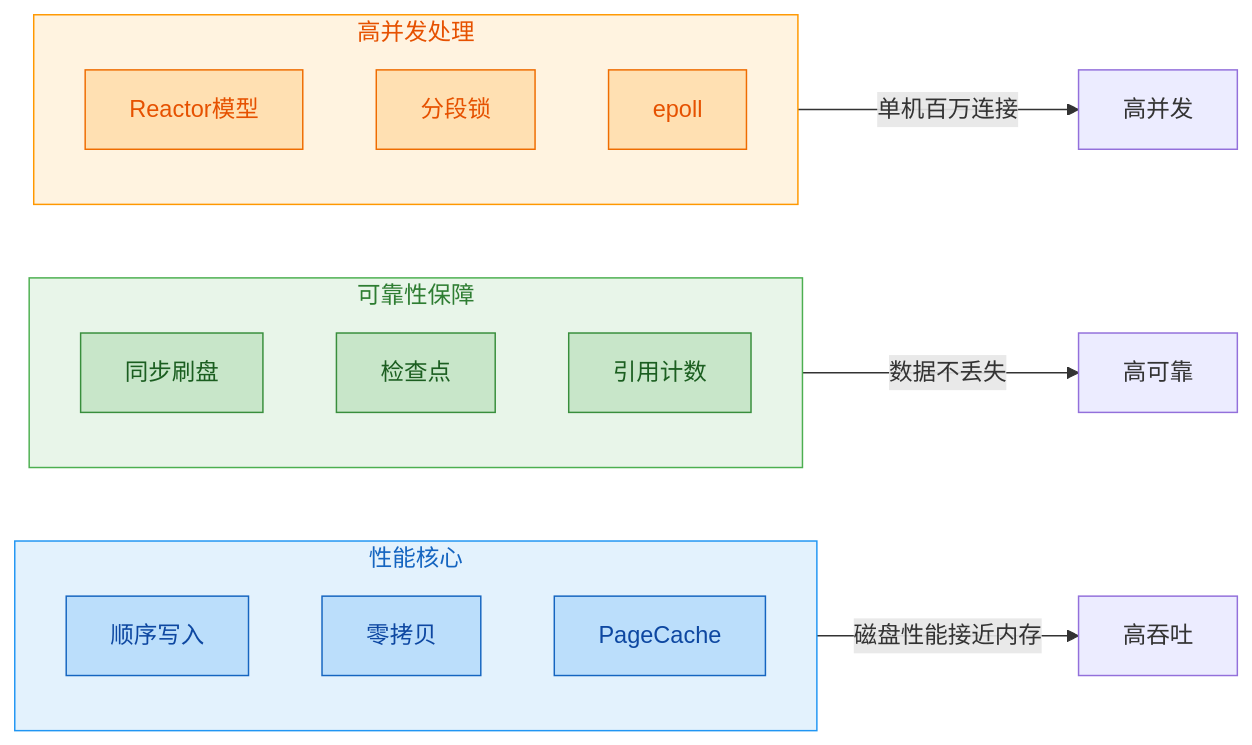
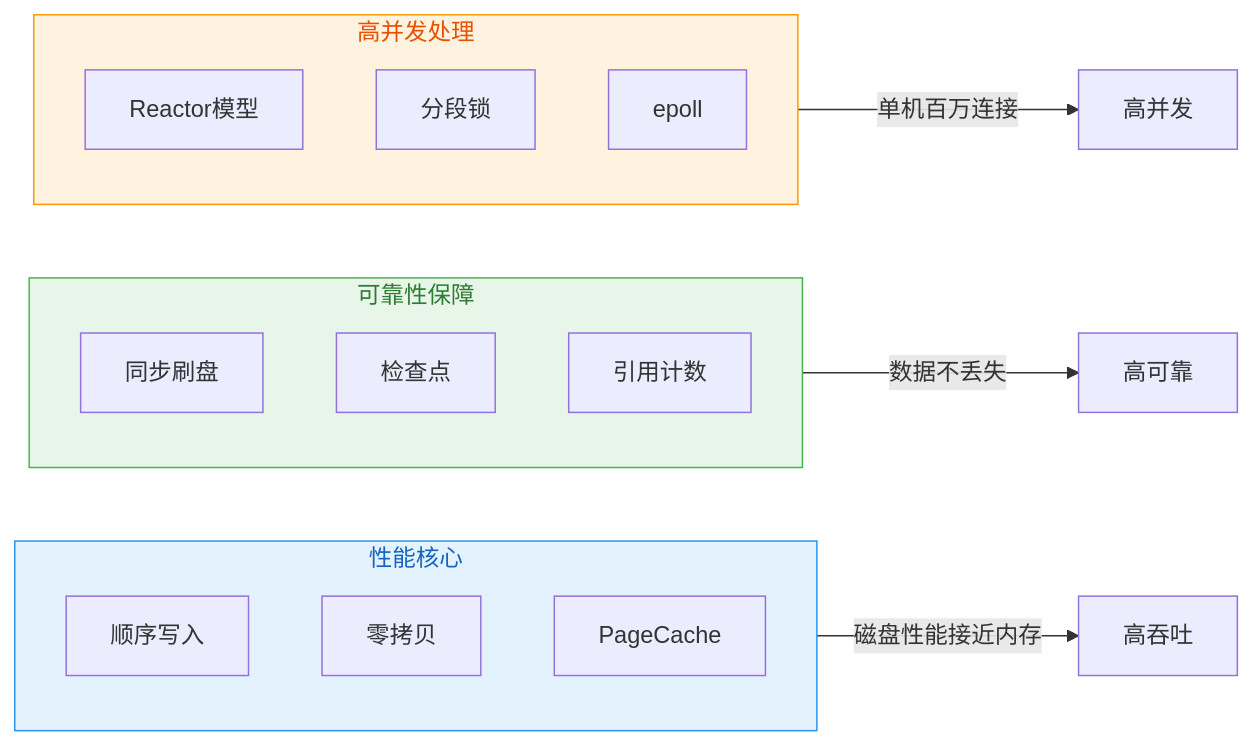
One commit to wilimm/rocketmq changed the first of 11 diagrams in docs2/00-总览.md. Above: the diagram before and after it, drawn with Mermaid. The commit also changed other lines of this file and 15 other files, not shown here.

````diff
--- a/docs2/00-总览.md
+++ b/docs2/00-总览.md
@@ -36,38 +36,28 @@
 ```mermaid
 flowchart LR
     subgraph Performance["性能核心"]
         P1["顺序写入"]
         P2["零拷贝"]
         P3["PageCache"]
     end
 
     subgraph Reliability["可靠性保障"]
         R1["同步刷盘"]
         R2["检查点"]
         R3["引用计数"]
     end
 
     subgraph Concurrency["高并发处理"]
         C1["Reactor模型"]
         C2["分段锁"]
         C3["epoll"]
     end
 
     Performance -->|"磁盘性能接近内存"| Result1["高吞吐"]
     Reliability -->|"数据不丢失"| Result2["高可靠"]
     Concurrency -->|"单机百万连接"| Result3["高并发"]
 
     style Performance fill:#E3F2FD,stroke:#2196F3,color:#1565C0
     style Reliability fill:#E8F5E9,stroke:#4CAF50,color:#2E7D32
     style Concurrency fill:#FFF3E0,stroke:#FF9800,color:#E65100
-
-    style P1 fill:#BBDEFB,stroke:#1565C0,color:#0D47A1
-    style P2 fill:#BBDEFB,stroke:#1565C0,color:#0D47A1
-    style P3 fill:#BBDEFB,stroke:#1565C0,color:#0D47A1
-    style R1 fill:#C8E6C9,stroke:#388E3C,color:#1B5E20
-    style R2 fill:#C8E6C9,stroke:#388E3C,color:#1B5E20
-    style R3 fill:#C8E6C9,stroke:#388E3C,color:#1B5E20
-    style C1 fill:#FFE0B2,stroke:#EF6C00,color:#E65100
-    style C2 fill:#FFE0B2,stroke:#EF6C00,color:#E65100
-    style C3 fill:#FFE0B2,stroke:#EF6C00,color:#E65100
 ```
````
